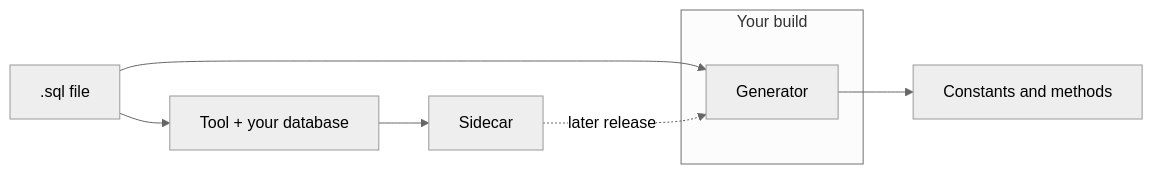
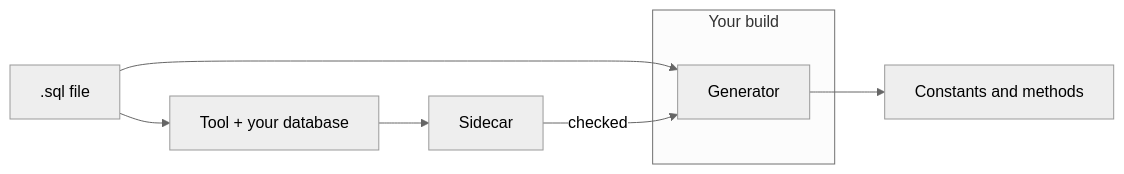
One commit to mbcrawfo/SqlSource changed the diagram in docs/manual/concepts.md. Above: the diagram before and after it, drawn with Mermaid (neutral theme). The commit also changed other lines of this file and 20 other files, not shown here.

````diff
--- a/docs/manual/concepts.md
+++ b/docs/manual/concepts.md
@@ -5,11 +5,11 @@
 ```mermaid
 flowchart LR
     sql[".sql file"] --> generator
     subgraph build["Your build"]
         generator["Generator"]
     end
     generator --> code["Constants and methods"]
     sql --> tool["Tool + your database"]
     tool --> sidecar["Sidecar"]
-    sidecar -.->|later release| generator
+    sidecar -->|checked| generator
 ```
````
